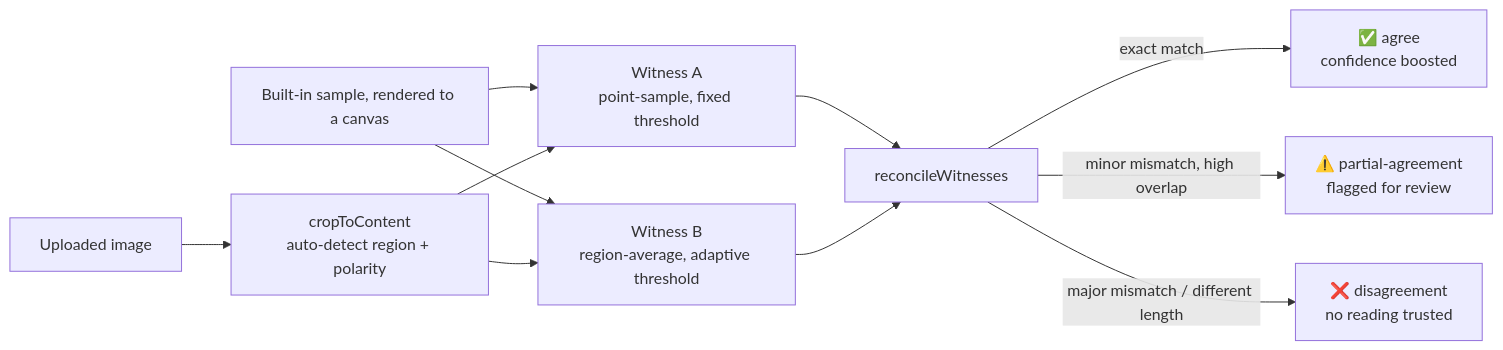
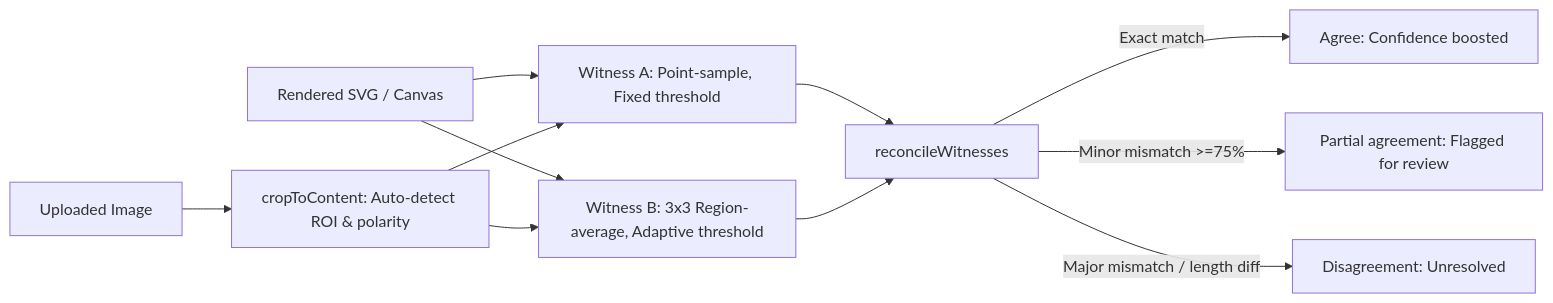
Before and after one commit to Shuumei/ocr-dual-witness-pipeline: the diagram in README.md, drawn with Mermaid. The commit also changed other lines of this file and 8 other files, not shown here.

````diff
--- a/README.md
+++ b/README.md
@@ -24,13 +16,13 @@
 ```mermaid
 flowchart LR
-    A1[Built-in sample, rendered to a canvas] --> B[Witness A\npoint-sample, fixed threshold]
-    A2[Uploaded image] --> X[cropToContent\nauto-detect region + polarity]
+    A1[Rendered SVG / Canvas] --> B[Witness A: Point-sample, Fixed threshold]
+    A2[Uploaded Image] --> X[cropToContent: Auto-detect ROI & polarity]
     X --> B
-    A1 --> C[Witness B\nregion-average, adaptive threshold]
+    A1 --> C[Witness B: 3x3 Region-average, Adaptive threshold]
     X --> C
     B --> D[reconcileWitnesses]
     C --> D
-    D -->|exact match| E[✅ agree\nconfidence boosted]
-    D -->|minor mismatch, high overlap| F[⚠️ partial-agreement\nflagged for review]
-    D -->|major mismatch / different length| G[❌ disagreement\nno reading trusted]
+    D -->|Exact match| E[Agree: Confidence boosted]
+    D -->|Minor mismatch >=75%| F[Partial agreement: Flagged for review]
+    D -->|Major mismatch / length diff| G[Disagreement: Unresolved]
 ```
````
